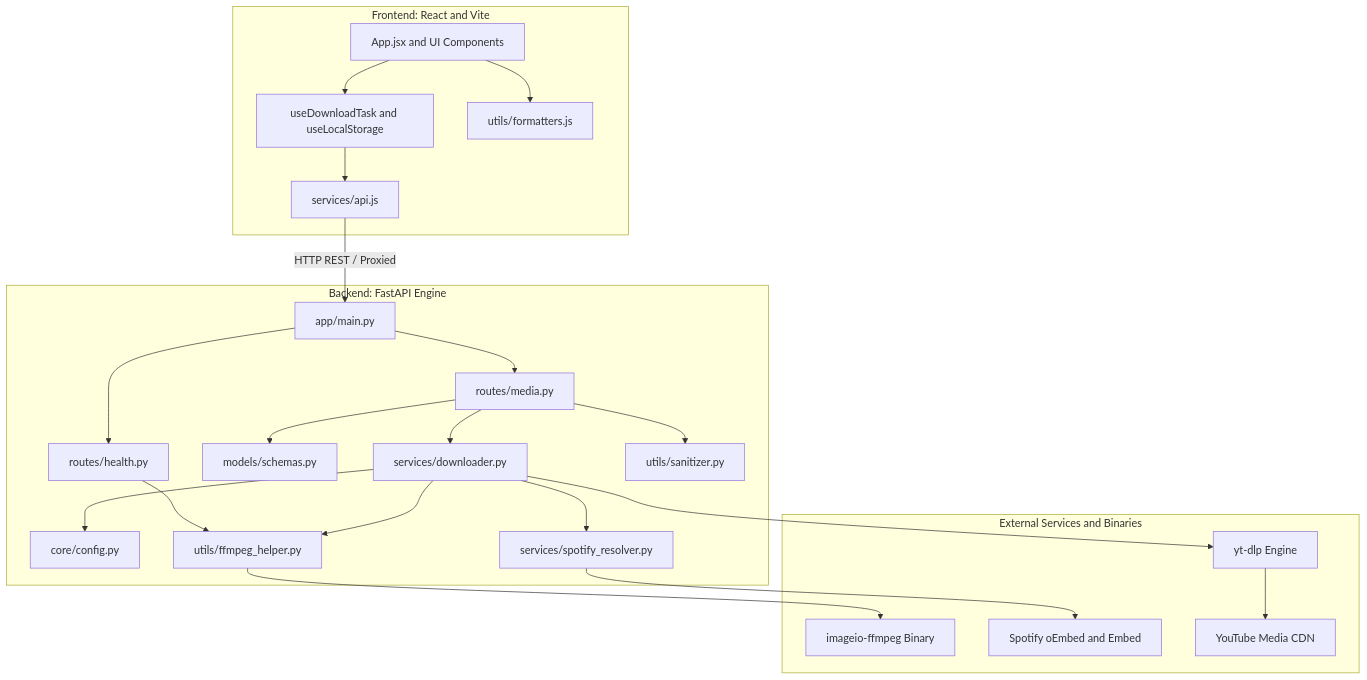
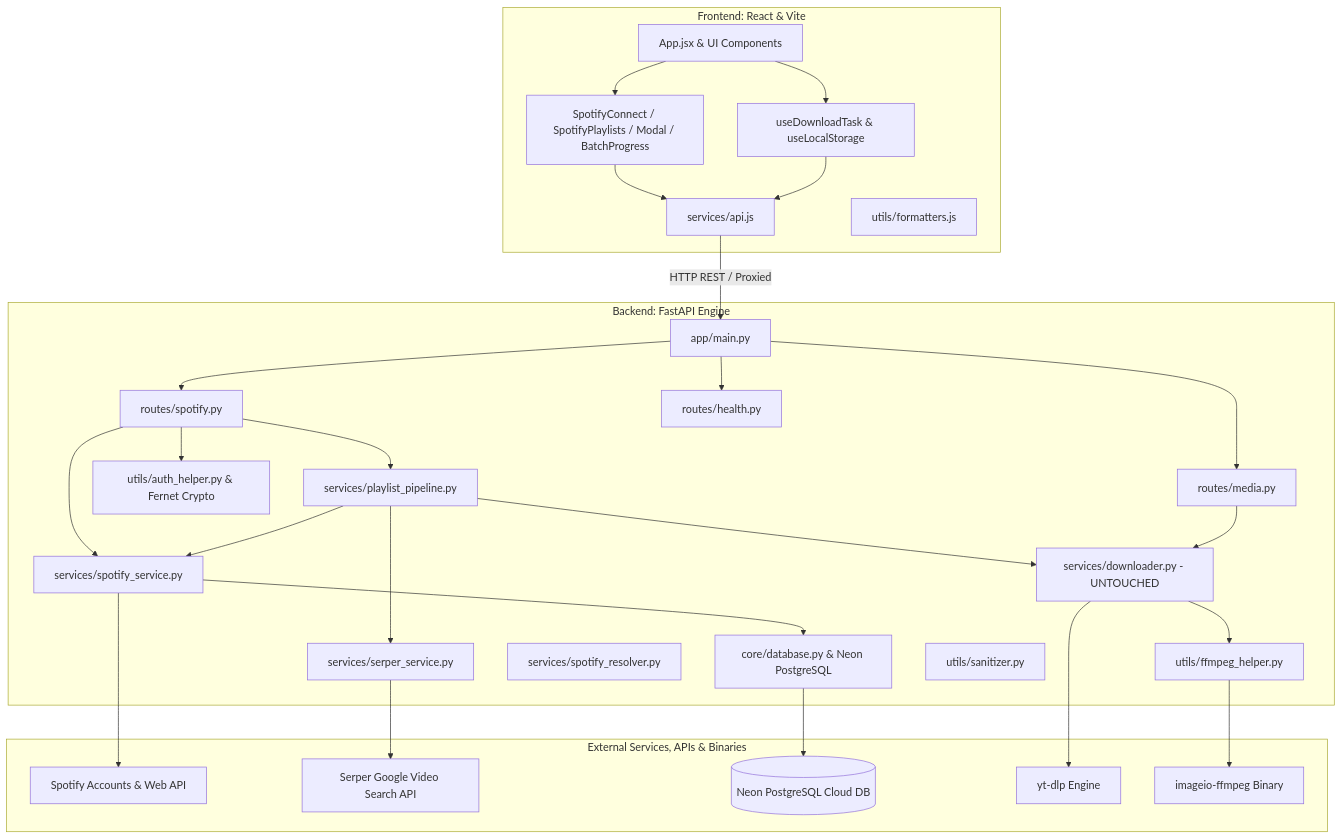
One commit to learnthusalearner/TuneFetch changed the first of 2 diagrams in ARCHITECTURE.md. Above: the diagram before and after it, drawn with Mermaid. The commit also changed other lines of this file and 23 other files, not shown here.

Commit message:
feat: integrate Neon PostgreSQL, Spotify OAuth 2.0 PKCE, Serper candidate resolution, and batch playlist downloader

````diff
--- a/ARCHITECTURE.md
+++ b/ARCHITECTURE.md
@@ -9,46 +9,57 @@
 ```mermaid
 graph TD
-    subgraph Client ["Frontend: React and Vite"]
-        UI[App.jsx and UI Components]
-        Hooks[useDownloadTask and useLocalStorage]
+    subgraph Client ["Frontend: React & Vite"]
+        UI[App.jsx & UI Components]
+        SpotifyUI[SpotifyConnect / SpotifyPlaylists / Modal / BatchProgress]
+        Hooks[useDownloadTask & useLocalStorage]
         APIClient[services/api.js]
         Formatters[utils/formatters.js]
     end
 
     subgraph Server ["Backend: FastAPI Engine"]
         Main[app/main.py]
         RouterMedia[routes/media.py]
+        RouterSpotify[routes/spotify.py]
         RouterHealth[routes/health.py]
-        Schemas[models/schemas.py]
-        Config[core/config.py]
-        Downloader[services/downloader.py]
+        Database[core/database.py & Neon PostgreSQL]
+        AuthHelper[utils/auth_helper.py & Fernet Crypto]
+        SpotifyService[services/spotify_service.py]
+        SerperService[services/serper_service.py]
+        PlaylistPipeline[services/playlist_pipeline.py]
+        Downloader[services/downloader.py - UNTOUCHED]
         SpotifyRes[services/spotify_resolver.py]
         FFmpegHelper[utils/ffmpeg_helper.py]
         Sanitizer[utils/sanitizer.py]
     end
 
-    subgraph External ["External Services and Binaries"]
+    subgraph External ["External Services, APIs & Binaries"]
+        SpotifyOAuth[Spotify Accounts & Web API]
+        SerperAPI[Serper Google Video Search API]
+        NeonDB[(Neon PostgreSQL Cloud DB)]
         YTDLP[yt-dlp Engine]
         ImageIO[imageio-ffmpeg Binary]
-        SpotifyEmbed[Spotify oEmbed and Embed]
-        YouTube[YouTube Media CDN]
     end
 
+    UI --> SpotifyUI
     UI --> Hooks
-    UI --> Formatters
+    SpotifyUI --> APIClient
     Hooks --> APIClient
     APIClient -->|HTTP REST / Proxied| Main
     Main --> RouterMedia
+    Main --> RouterSpotify
     Main --> RouterHealth
-    RouterMedia --> Schemas
+    RouterSpotify --> AuthHelper
+    RouterSpotify --> SpotifyService
+    RouterSpotify --> PlaylistPipeline
+    SpotifyService --> SpotifyOAuth
+    SpotifyService --> Database
+    Database --> NeonDB
+    PlaylistPipeline --> SpotifyService
+    PlaylistPipeline --> SerperService
+    PlaylistPipeline --> Downloader
+    SerperService --> SerperAPI
     RouterMedia --> Downloader
-    RouterMedia --> Sanitizer
-    RouterHealth --> FFmpegHelper
-    Downloader --> SpotifyRes
+    Downloader --> YTDLP
     Downloader --> FFmpegHelper
-    Downloader --> YTDLP
-    Downloader --> Config
-    SpotifyRes --> SpotifyEmbed
     FFmpegHelper --> ImageIO
-    YTDLP --> YouTube
 ```
````
